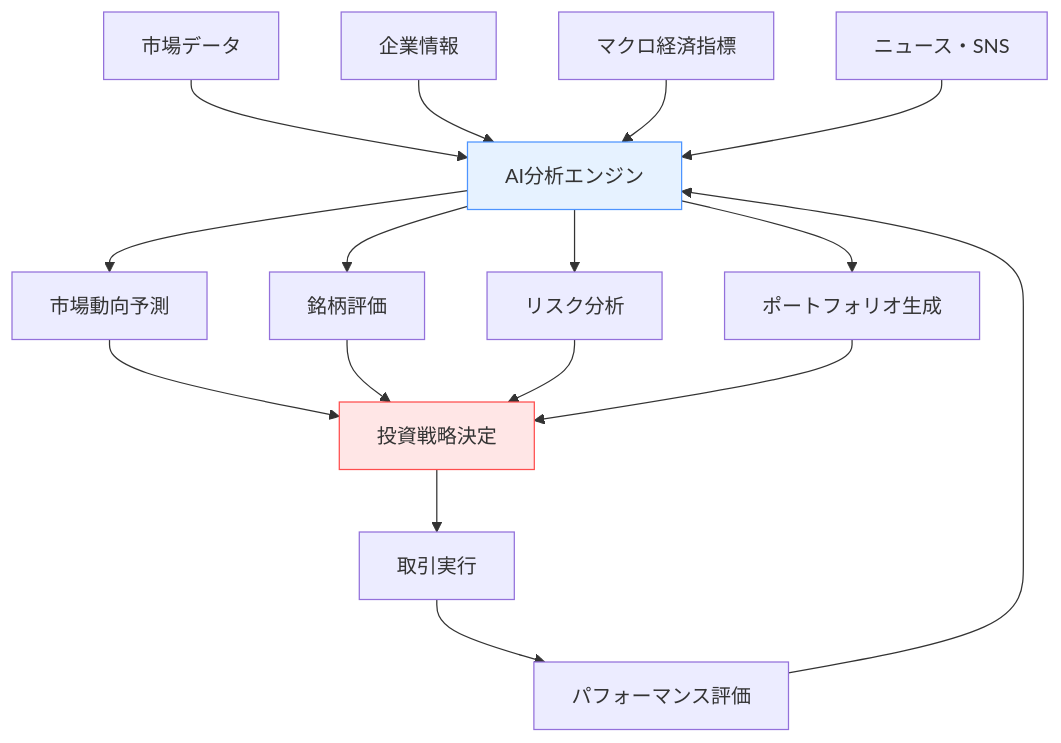
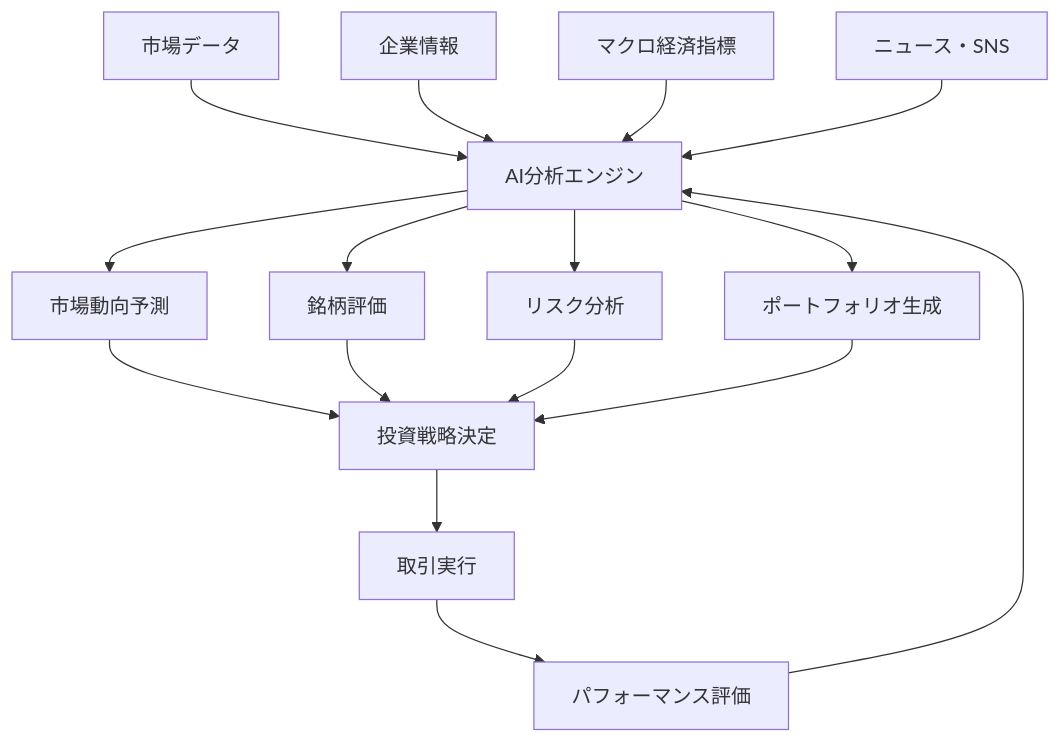
The fourth of 6 diagrams in docs/ai-and-future/ai-dm-context.md (shuji-bonji/Situational-Awareness-and-Decision-Making), drawn with Mermaid before and after one commit. The commit also changed other lines of this file and 49 other files, not shown here.

Commit message:
fix: ダークモードで見づらい図の色の変更

````diff
--- a/docs/ai-and-future/ai-dm-context.md
+++ b/docs/ai-and-future/ai-dm-context.md
@@ -310,24 +301,21 @@
     ```mermaid
     graph TD
         A[市場データ] --> B[AI分析エンジン]
         C[企業情報] --> B
         D[マクロ経済指標] --> B
         E[ニュース・SNS] --> B
         
         B --> F[市場動向予測]
         B --> G[銘柄評価]
         B --> H[リスク分析]
         B --> I[ポートフォリオ生成]
         
         F --> J[投資戦略決定]
         G --> J
         H --> J
         I --> J
         
         J --> K[取引実行]
         K --> L[パフォーマンス評価]
         L --> B
-        
-        style B fill:#e6f2ff,stroke:#4d94ff
-        style J fill:#ffe6e6,stroke:#ff4d4d
     ```
````
